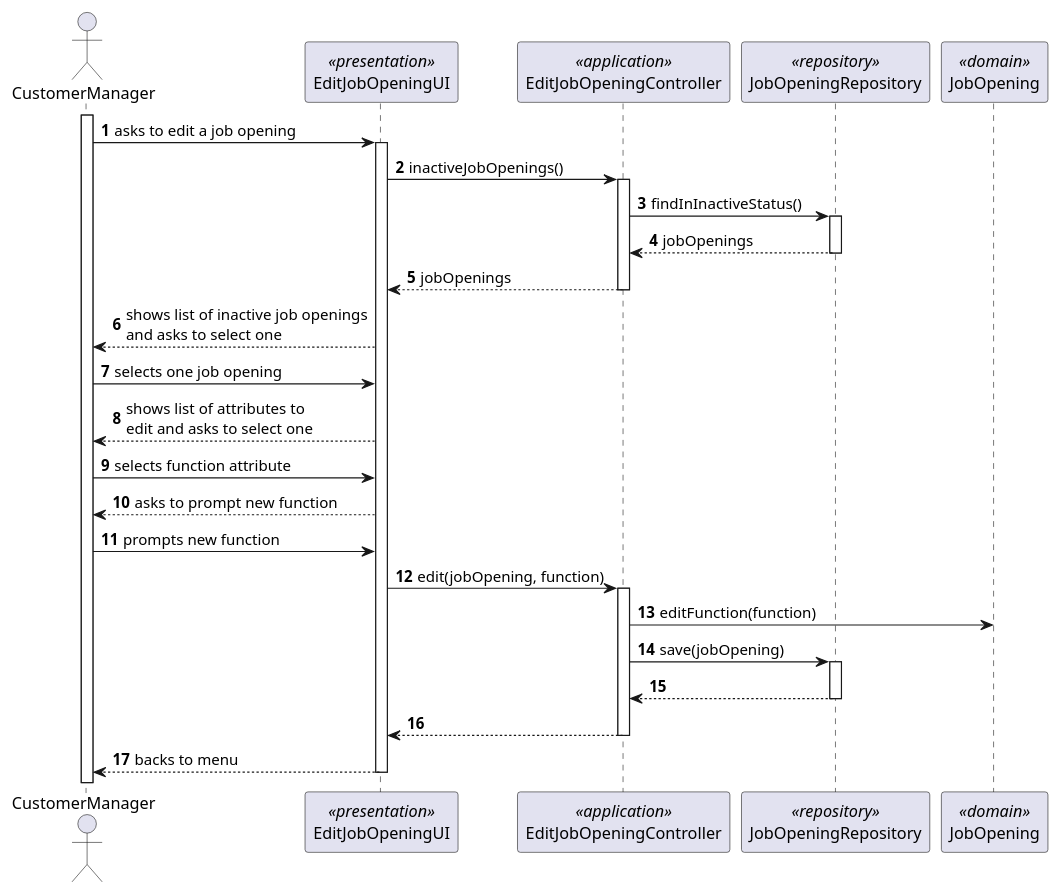
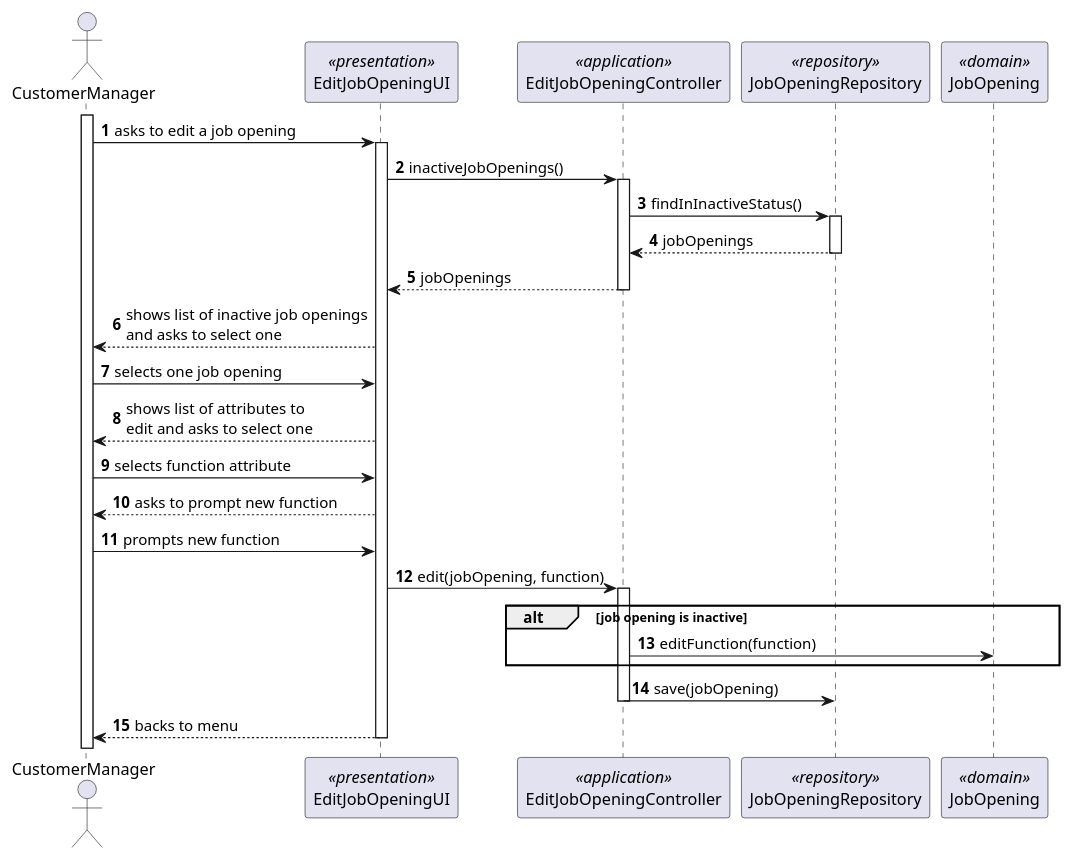
One commit to Rodrick0209/ISEP-SEM4PI-23-24 changed the diagram in docs/SprintC/us1004/SD/SD-Edit-Function.puml. Above: the diagram before and after it, drawn with PlantUML. The commit also changed 11 other files, not shown here.

Commit message:
US 1004 Design fixed (added alternatives to editing Job Opening in SD) #36

```diff
--- a/docs/SprintC/us1004/SD/SD-Edit-Function.puml
+++ b/docs/SprintC/us1004/SD/SD-Edit-Function.puml
@@ -1,40 +1,38 @@
 @startuml
 'https://plantuml.com/sequence-diagram
 
 autonumber
 
 actor CustomerManager
 participant EditJobOpeningUI <<presentation>>
 participant EditJobOpeningController <<application>>
 participant JobOpeningRepository <<repository>>
 participant JobOpening <<domain>>
 
 activate CustomerManager
 CustomerManager -> EditJobOpeningUI : asks to edit a job opening
 activate EditJobOpeningUI
 EditJobOpeningUI -> EditJobOpeningController : inactiveJobOpenings()
 activate EditJobOpeningController
 EditJobOpeningController -> JobOpeningRepository : findInInactiveStatus()
 activate JobOpeningRepository
 JobOpeningRepository --> EditJobOpeningController : jobOpenings
 deactivate JobOpeningRepository
 EditJobOpeningController --> EditJobOpeningUI : jobOpenings
 deactivate EditJobOpeningController
 EditJobOpeningUI --> CustomerManager : shows list of inactive job openings\nand asks to select one
 CustomerManager -> EditJobOpeningUI : selects one job opening
 EditJobOpeningUI --> CustomerManager : shows list of attributes to\nedit and asks to select one
 CustomerManager -> EditJobOpeningUI : selects function attribute
 EditJobOpeningUI --> CustomerManager : asks to prompt new function
 CustomerManager -> EditJobOpeningUI : prompts new function
 EditJobOpeningUI -> EditJobOpeningController : edit(jobOpening, function)
 activate EditJobOpeningController
+alt job opening is inactive
 EditJobOpeningController -> JobOpening : editFunction(function)
+end alt
 EditJobOpeningController -> JobOpeningRepository : save(jobOpening)
-activate JobOpeningRepository
-JobOpeningRepository --> EditJobOpeningController : 
-deactivate JobOpeningRepository
-EditJobOpeningController --> EditJobOpeningUI :
 deactivate EditJobOpeningController
 EditJobOpeningUI --> CustomerManager : backs to menu
 deactivate EditJobOpeningUI
 @enduml
```
